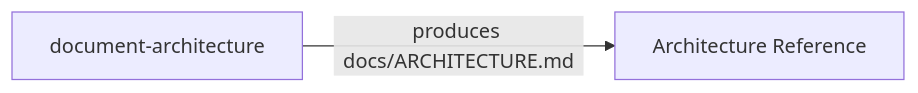
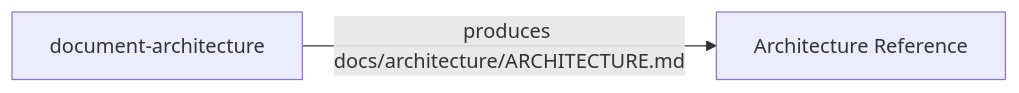
Before and after one commit to pnewsam/skills: the fifth of 15 diagrams in README.md, drawn with Mermaid. The commit also changed other lines of this file and 1 other file, not shown here.

````diff
--- a/README.md
+++ b/README.md
@@ -175,4 +179,4 @@
 ```mermaid
 flowchart LR
-    DA[document-architecture] -->|produces docs/ARCHITECTURE.md| AR[Architecture Reference]
+    DA[document-architecture] -->|produces docs/architecture/ARCHITECTURE.md| AR[Architecture Reference]
 ```
````
